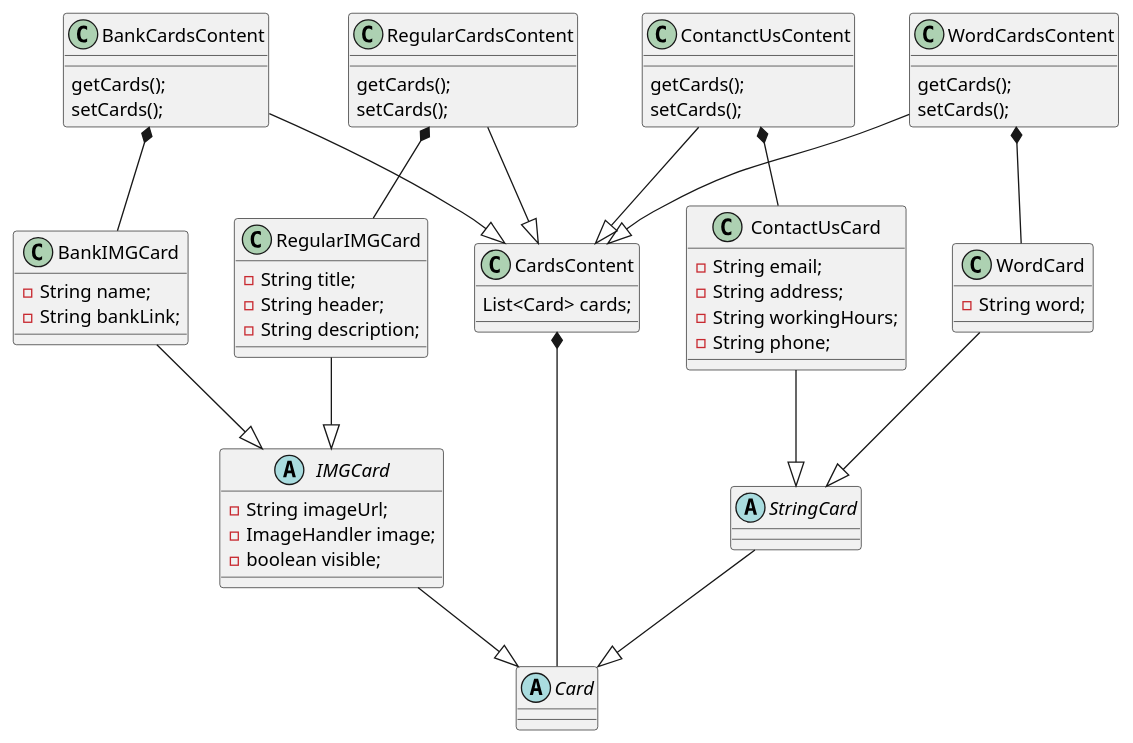
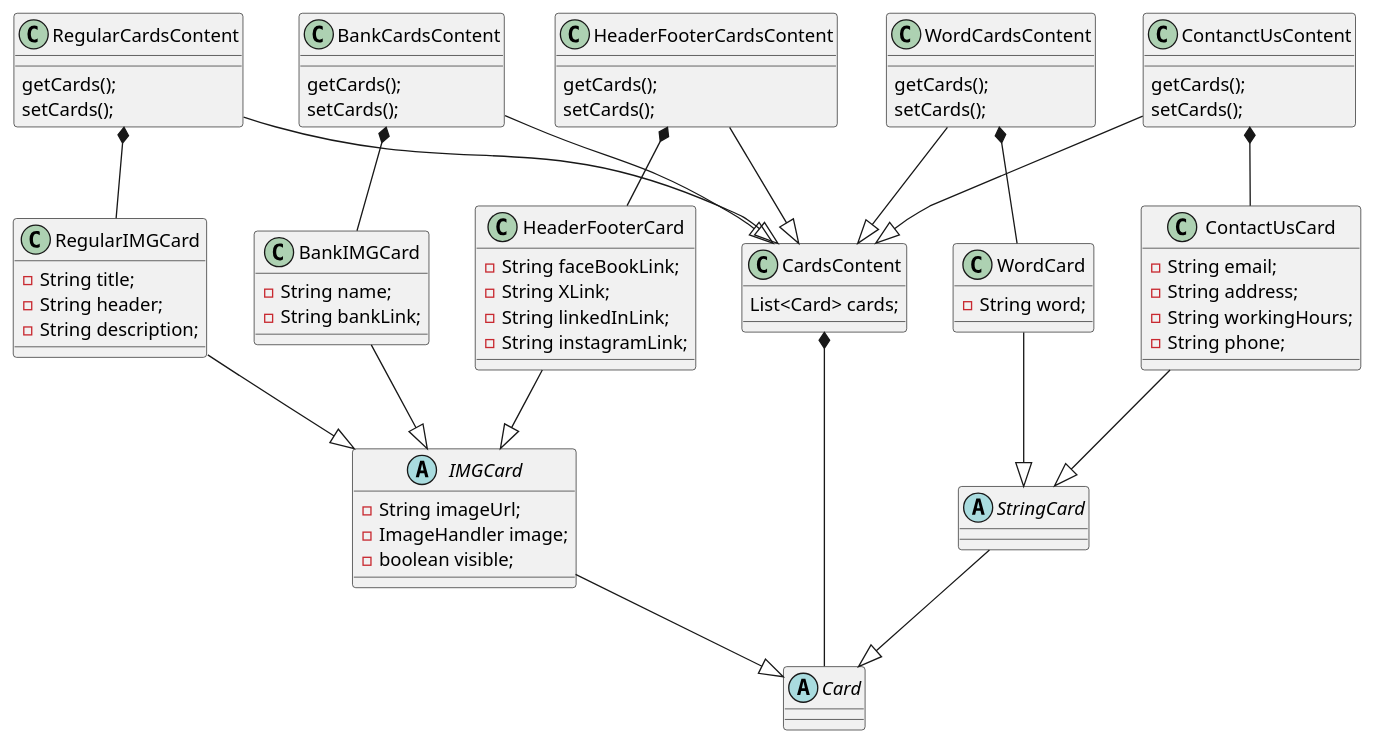
Before and after one commit to aamer867/el.waleed-api: the diagram in docs/uml/cards.puml, drawn with PlantUML. The commit also changed 9 other files, not shown here.

Commit message:
handling the card for the footer

```diff
--- a/docs/uml/cards.puml
+++ b/docs/uml/cards.puml
@@ -1,87 +1,101 @@
 @startuml
 
 ' ===== Base Abstract Classes =====
 Abstract class Card {
 }
 
 Abstract class IMGCard {
     - String imageUrl;
     - ImageHandler image;
     - boolean visible;
 }
 
 Abstract class StringCard {
 }
 
 ' ===== Concrete Card Types =====
 class RegularIMGCard {
     - String title;
     - String header;
     - String description;
 }
 
 class BankIMGCard {
     - String name;
     - String bankLink;
 }
 
 class WordCard {
     - String word;
 }
 
 class ContactUsCard {
     - String email;
     - String address;
     - String workingHours;
     - String phone;
 }
 
+class HeaderFooterCard {
+    - String faceBookLink;
+    - String XLink;
+    - String linkedInLink;
+    - String instagramLink;
+}
+
 ' ===== Content Containers =====
 class CardsContent {
     List<Card> cards;
 }
 
 class RegularCardsContent {
     getCards();
     setCards();
 }
 
 class BankCardsContent {
     getCards();
     setCards();
 }
 
 class WordCardsContent {
     getCards();
     setCards();
 }
 
 class ContanctUsContent {
     getCards();
     setCards();
 }
 
+class HeaderFooterCardsContent {
+    getCards();
+    setCards();
+}
+
 ' ===== Inheritance Relationships =====
 IMGCard --|> Card
 StringCard --|> Card
 
 RegularIMGCard --|> IMGCard
 BankIMGCard --|> IMGCard
+HeaderFooterCard --|> IMGCard
 
 WordCard --|> StringCard
 ContactUsCard --|> StringCard
 
 BankCardsContent --|> CardsContent
 RegularCardsContent --|> CardsContent
 WordCardsContent --|> CardsContent
 ContanctUsContent --|> CardsContent
+HeaderFooterCardsContent --|> CardsContent
 
 ' ===== Composition Relationships =====
 CardsContent *-- Card
 
 RegularCardsContent *-- RegularIMGCard
 BankCardsContent *-- BankIMGCard
 WordCardsContent *-- WordCard
 ContanctUsContent *-- ContactUsCard
-
+HeaderFooterCardsContent *-- HeaderFooterCard
 @enduml
```
